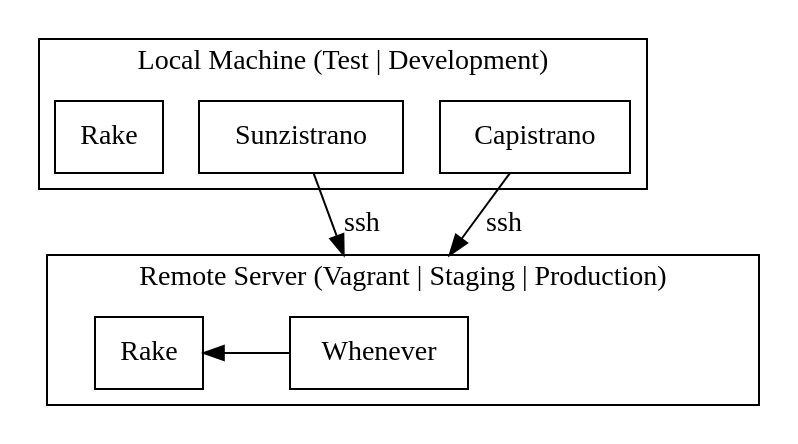
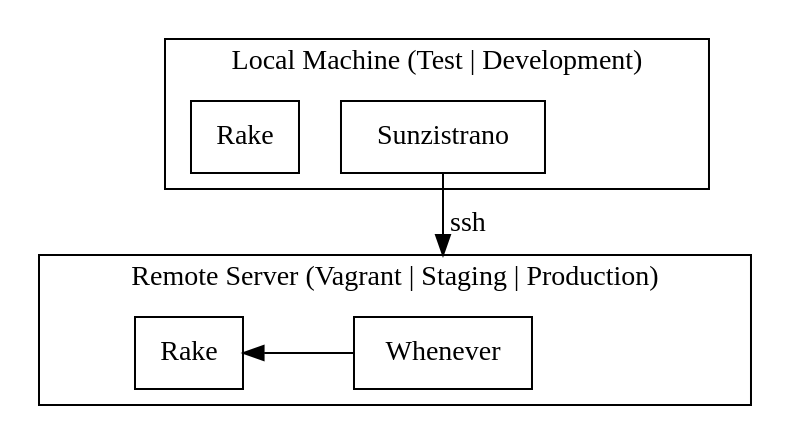
One commit to patleb/web_tools changed the diagram in doc/images/admin_tools.dot. Above: the diagram before and after it, drawn with Graphviz. The commit also changed 55 other files, not shown here.

```diff
--- a/doc/images/admin_tools.dot
+++ b/doc/images/admin_tools.dot
@@ -1,17 +1,15 @@
 digraph G {
   compound=true
   subgraph cluster_local {
     label="Local Machine (Test | Development)"
     sun [shape=box label="Sunzistrano"]
-    cap [shape=box label="Capistrano"]
     rake_local [shape=box label="Rake"]
   }
   subgraph cluster_remote {
     label="Remote Server (Vagrant | Staging | Production)"
     whenever [shape=box label="Whenever"]
     rake_remote [shape=box label="Rake"]
   }
-  cap -> whenever [label="ssh" lhead=cluster_remote]
   sun -> whenever [label="ssh" lhead=cluster_remote]
   whenever -> rake_remote [constraint=false]
 }
```
